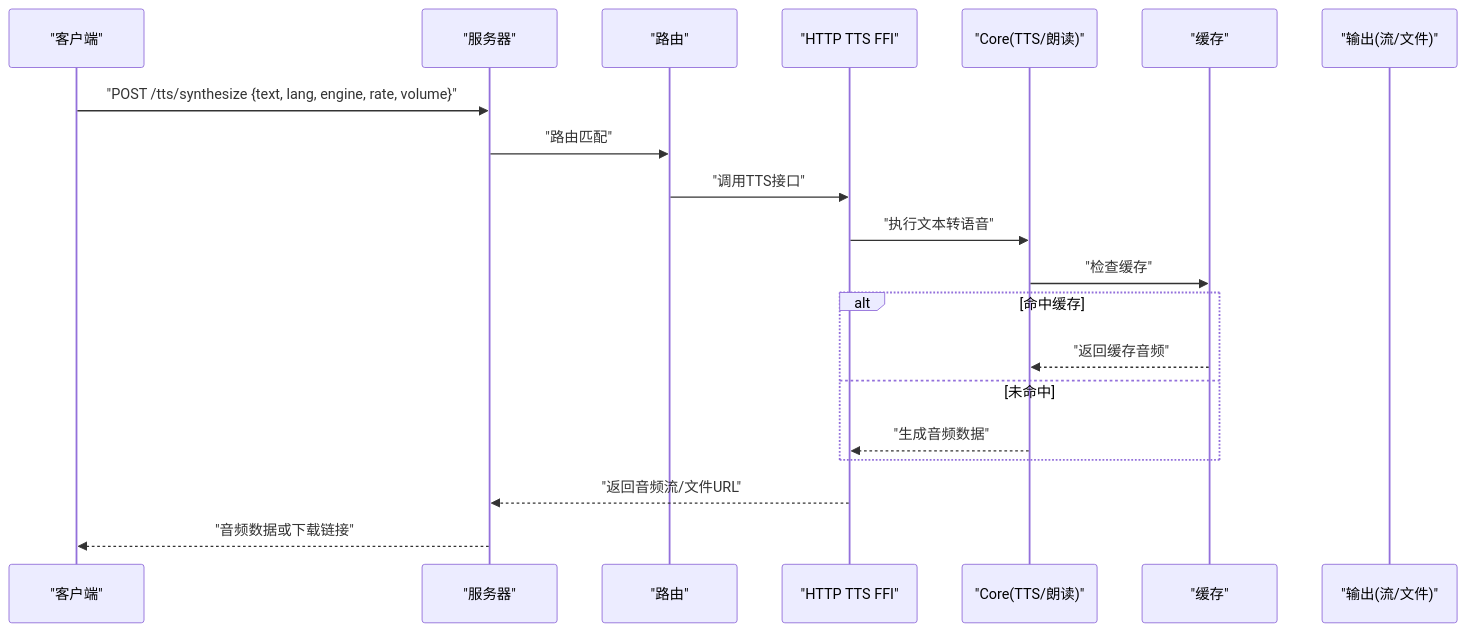
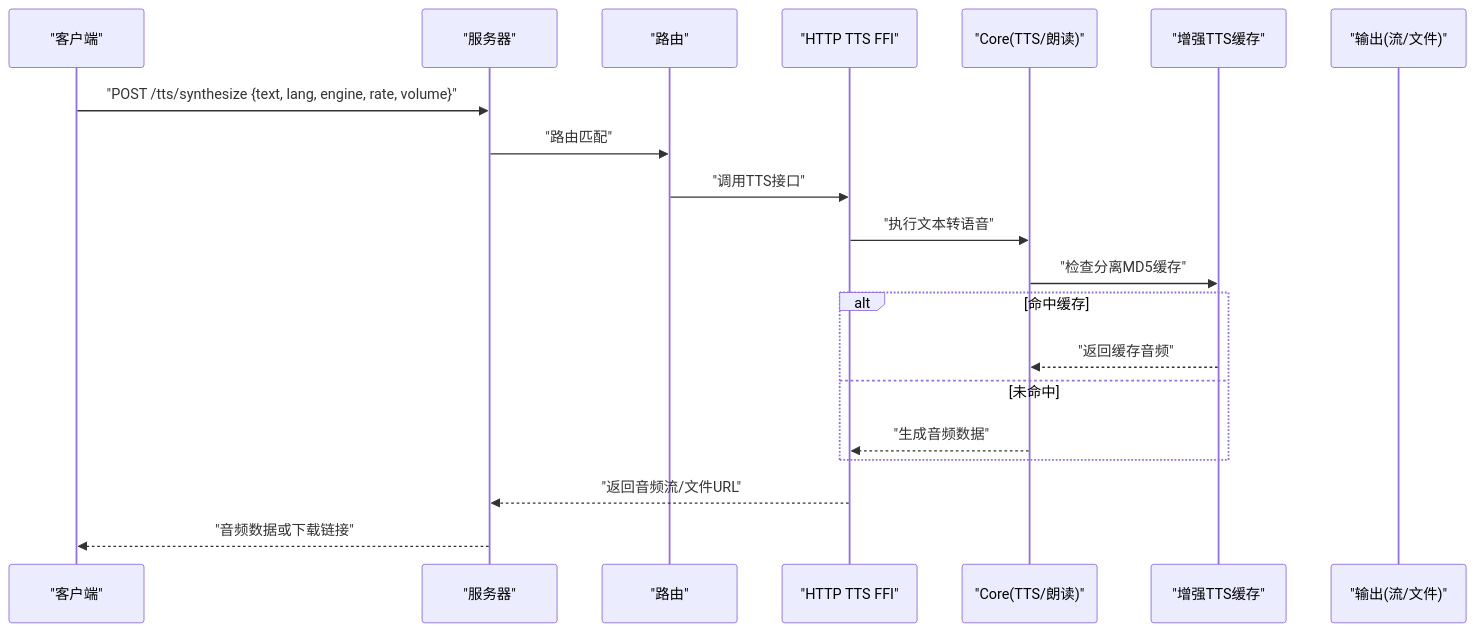
One commit to ZhangGHGitHub/LegadoTeamFlutter changed the fourth of 7 diagrams in .qoder/repowiki/zh/content/API参考/RESTful API接口/音频TTS API.md. Above: the diagram before and after it, drawn with Mermaid. The commit also changed other lines of this file and 173 other files, not shown here.

````diff
--- a/.qoder/repowiki/zh/content/API参考/RESTful API接口/音频TTS API.md
+++ b/.qoder/repowiki/zh/content/API参考/RESTful API接口/音频TTS API.md
@@ -194,22 +236,22 @@
 ```mermaid
 sequenceDiagram
 participant C as "客户端"
 participant S as "服务器"
 participant R as "路由"
 participant TTS as "HTTP TTS FFI"
 participant CORE as "Core(TTS/朗读)"
-participant CACHE as "缓存"
+participant CACHE as "增强TTS缓存"
 participant OUT as "输出(流/文件)"
 C->>S : "POST /tts/synthesize {text, lang, engine, rate, volume}"
 S->>R : "路由匹配"
 R->>TTS : "调用TTS接口"
 TTS->>CORE : "执行文本转语音"
-CORE->>CACHE : "检查缓存"
+CORE->>CACHE : "检查分离MD5缓存"
 alt 命中缓存
 CACHE-->>CORE : "返回缓存音频"
 else 未命中
 CORE-->>TTS : "生成音频数据"
 end
 TTS-->>S : "返回音频流/文件URL"
 S-->>C : "音频数据或下载链接"
 ```
````
